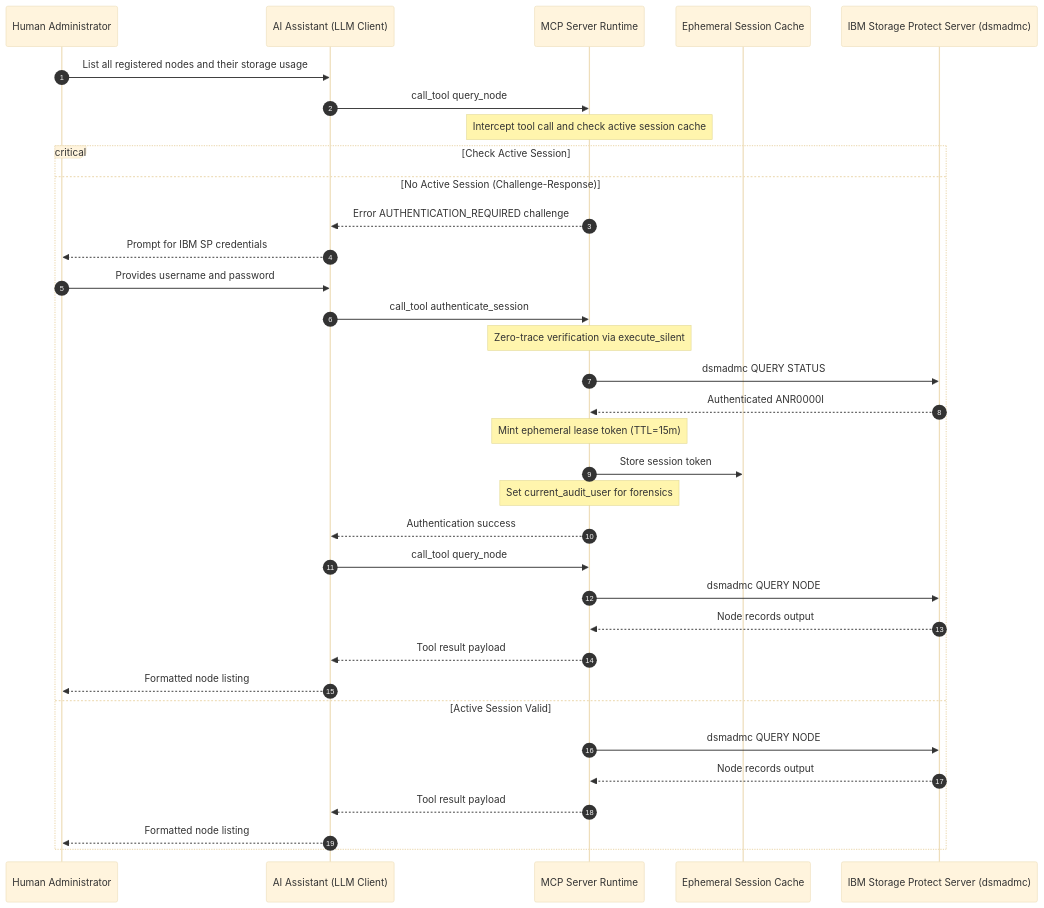
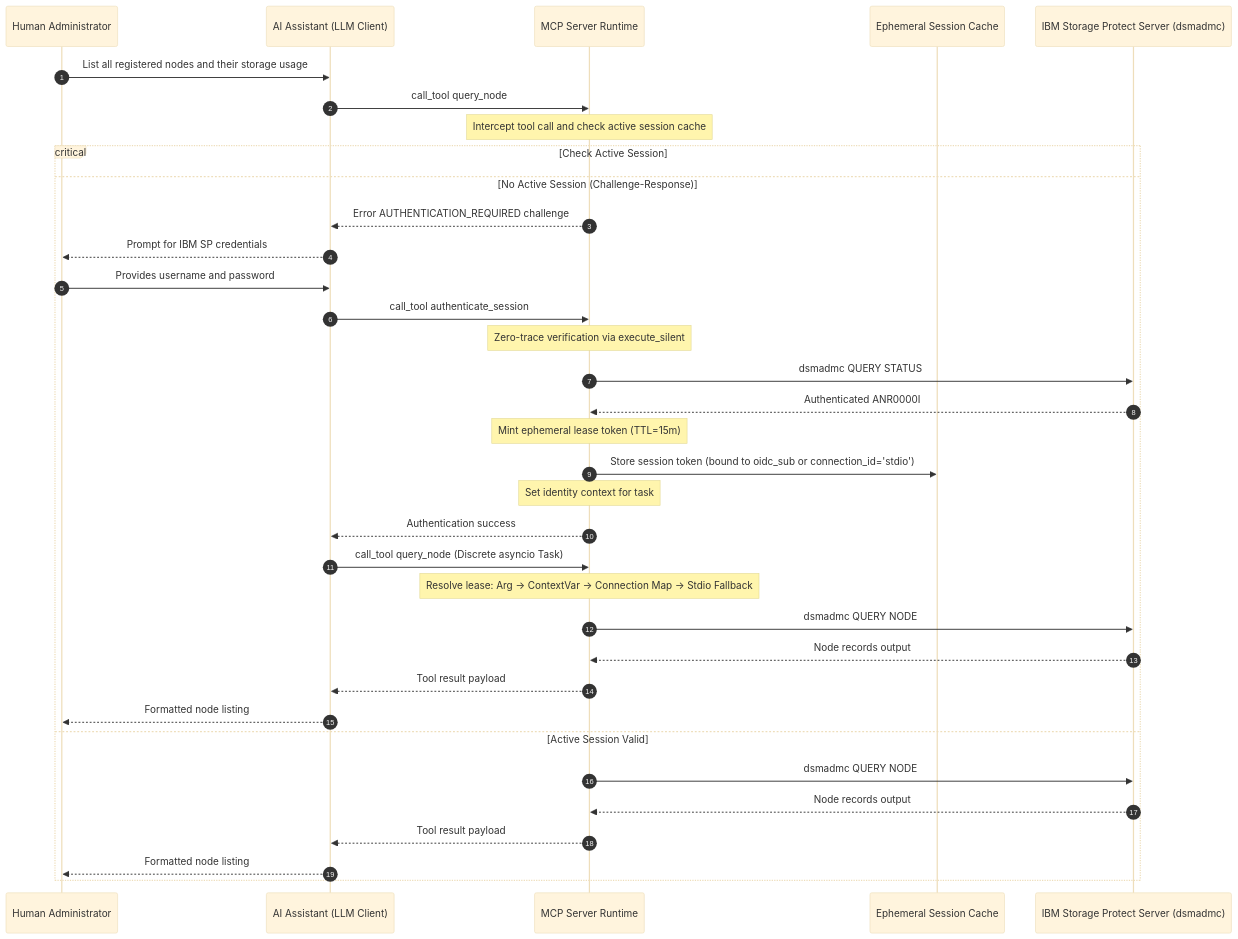
Before and after one commit to IBM/storage-protect-mcp-server: the second of 2 diagrams in docs/design/security-dynamic-authn.md, drawn with Mermaid (base theme). The commit also changed other lines of this file and 30 other files, not shown here.

````diff
--- a/docs/design/security-dynamic-authn.md
+++ b/docs/design/security-dynamic-authn.md
@@ -86,38 +101,39 @@
 ```mermaid
 sequenceDiagram
     autonumber
     participant User as Human Administrator
     participant AI as AI Assistant (LLM Client)
     participant MCP as MCP Server Runtime
     participant SessionStore as Ephemeral Session Cache
     participant SP as IBM Storage Protect Server (dsmadmc)
 
     User->>AI: List all registered nodes and their storage usage
     AI->>MCP: call_tool query_node
     Note over MCP: Intercept tool call and check active session cache
 
     critical Check Active Session
     option No Active Session (Challenge-Response)
         MCP-->>AI: Error AUTHENTICATION_REQUIRED challenge
         AI-->>User: Prompt for IBM SP credentials
         User->>AI: Provides username and password
         AI->>MCP: call_tool authenticate_session
         Note over MCP: Zero-trace verification via execute_silent
         MCP->>SP: dsmadmc QUERY STATUS
         SP-->>MCP: Authenticated ANR0000I
         Note over MCP: Mint ephemeral lease token (TTL=15m)
-        MCP->>SessionStore: Store session token
-        Note over MCP: Set current_audit_user for forensics
+        MCP->>SessionStore: Store session token (bound to oidc_sub or connection_id='stdio')
+        Note over MCP: Set identity context for task
         MCP-->>AI: Authentication success
-        AI->>MCP: call_tool query_node
+        AI->>MCP: call_tool query_node (Discrete asyncio Task)
+        Note over MCP: Resolve lease: Arg -> ContextVar -> Connection Map -> Stdio Fallback
         MCP->>SP: dsmadmc QUERY NODE
         SP-->>MCP: Node records output
         MCP-->>AI: Tool result payload
         AI-->>User: Formatted node listing
     option Active Session Valid
         MCP->>SP: dsmadmc QUERY NODE
         SP-->>MCP: Node records output
         MCP-->>AI: Tool result payload
         AI-->>User: Formatted node listing
     end
 ```
````
